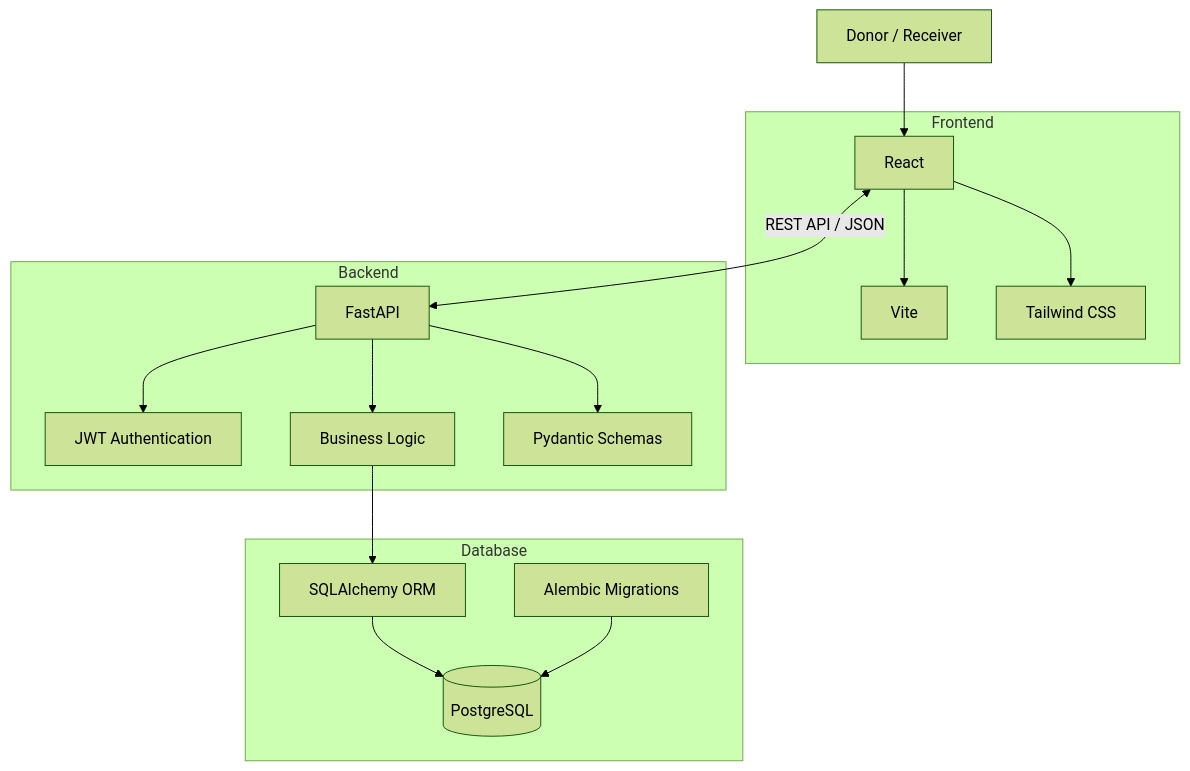
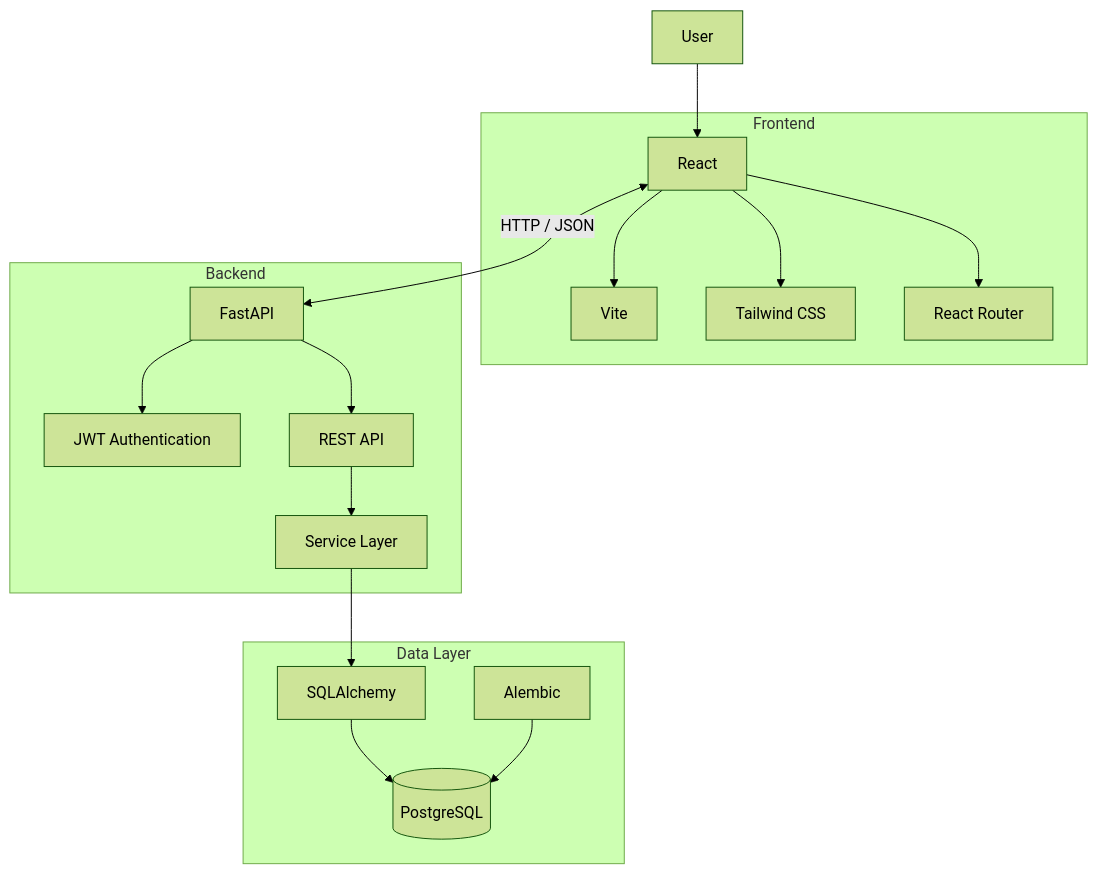
Before and after one commit to sapna71/RePlate: the fifth of 10 diagrams in README.md, drawn with Mermaid (forest theme). The commit also changed other lines of this file, not shown here.

````diff
--- a/README.md
+++ b/README.md
@@ -154,38 +234,40 @@
 ```mermaid
 flowchart TB
 
-    User[Donor / Receiver]
+    U[User]
 
     subgraph Frontend
-        React[React]
-        Vite[Vite]
-        Tailwind[Tailwind CSS]
+        R[React]
+        V[Vite]
+        T[Tailwind CSS]
+        RT[React Router]
     end
 
     subgraph Backend
-        FastAPI[FastAPI]
-        Auth[JWT Authentication]
-        Services[Business Logic]
-        Schemas[Pydantic Schemas]
+        F[FastAPI]
+        AUTH[JWT Authentication]
+        API[REST API]
+        S[Service Layer]
     end
 
-    subgraph Database
-        SQLAlchemy[SQLAlchemy ORM]
-        PostgreSQL[(PostgreSQL)]
-        Alembic[Alembic Migrations]
+    subgraph Data Layer
+        SA[SQLAlchemy]
+        AL[Alembic]
+        DB[(PostgreSQL)]
     end
 
-    User --> React
-    React --> Vite
-    React --> Tailwind
+    U --> R
+    R --> V
+    R --> T
+    R --> RT
 
-    React <-->|REST API / JSON| FastAPI
+    R <-->|HTTP / JSON| F
 
-    FastAPI --> Auth
-    FastAPI --> Schemas
-    FastAPI --> Services
+    F --> AUTH
+    F --> API
+    API --> S
+    S --> SA
 
-    Services --> SQLAlchemy
-    SQLAlchemy --> PostgreSQL
-    Alembic --> PostgreSQL
+    SA --> DB
+    AL --> DB
 ```
````
